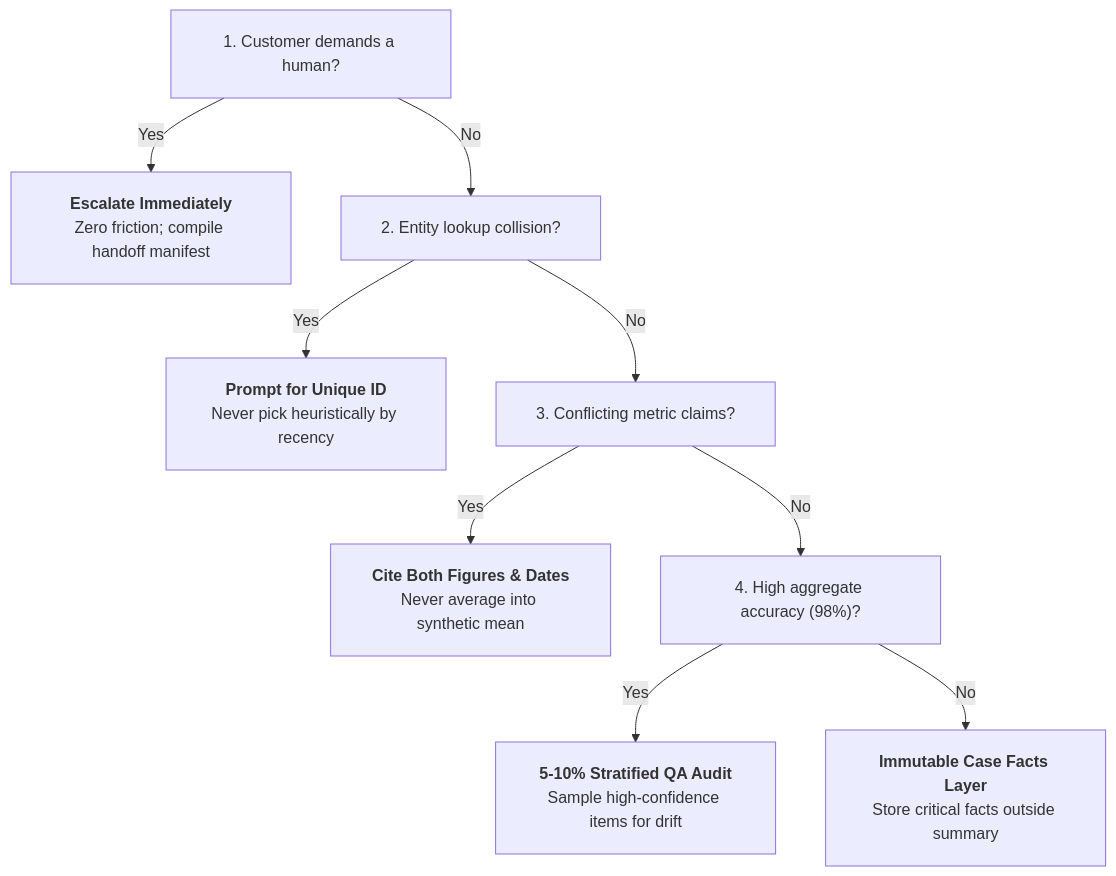
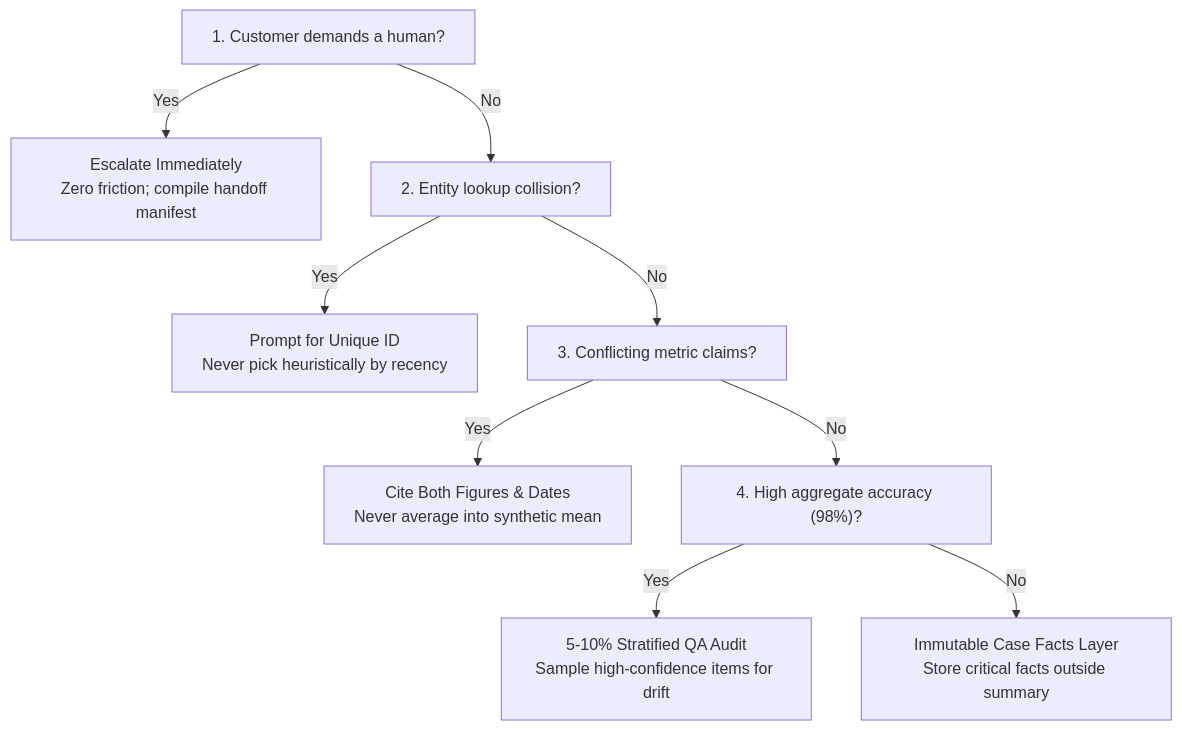
One commit to dip4k/claude_cert_architect_foundation_prep changed the diagram in domain5/README.md. Above: the diagram before and after it, drawn with Mermaid. The commit also changed 31 other files, not shown here.

First line of the commit message:
docs(diagrams): fix GitHub Mermaid rendering cut-off, wrappingWidth, and entity escapes across all 32 docs

````diff
--- a/domain5/README.md
+++ b/domain5/README.md
@@ -121,12 +121,12 @@
 ```mermaid
-%%{init: {"flowchart": {"htmlLabels": true, "padding": 20}}}%%
+%%{init: {"flowchart": {"htmlLabels": true, "wrappingWidth": 250}}}%%
 flowchart TD
-    Q1["1. Customer demands a human?"] -->|Yes| A1["<b>Escalate Immediately</b><br/>Zero friction; compile handoff manifest"]
+    Q1["1. Customer demands a human?"] -->|Yes| A1["Escalate Immediately<br/>Zero friction; compile handoff manifest"]
     Q1 -->|No| Q2["2. Entity lookup collision?"]
-    Q2 -->|Yes| A2["<b>Prompt for Unique ID</b><br/>Never pick heuristically by recency"]
+    Q2 -->|Yes| A2["Prompt for Unique ID<br/>Never pick heuristically by recency"]
     Q2 -->|No| Q3["3. Conflicting metric claims?"]
-    Q3 -->|Yes| A3["<b>Cite Both Figures & Dates</b><br/>Never average into synthetic mean"]
+    Q3 -->|Yes| A3["Cite Both Figures & Dates<br/>Never average into synthetic mean"]
     Q3 -->|No| Q4["4. High aggregate accuracy (98%)?"]
-    Q4 -->|Yes| A4["<b>5-10% Stratified QA Audit</b><br/>Sample high-confidence items for drift"]
-    Q4 -->|No| A5["<b>Immutable Case Facts Layer</b><br/>Store critical facts outside summary"]
+    Q4 -->|Yes| A4["5-10% Stratified QA Audit<br/>Sample high-confidence items for drift"]
+    Q4 -->|No| A5["Immutable Case Facts Layer<br/>Store critical facts outside summary"]
 ```
````
